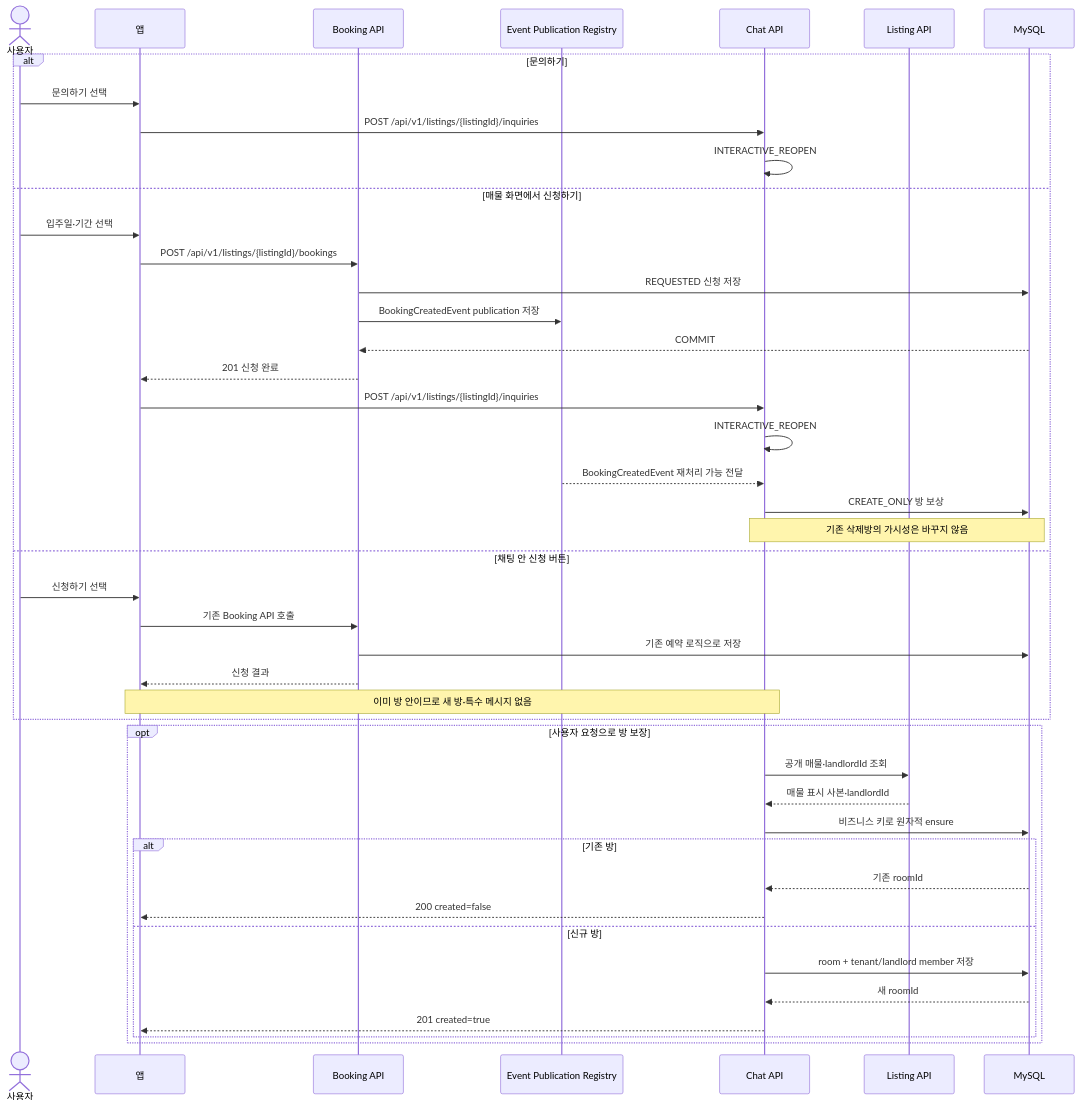
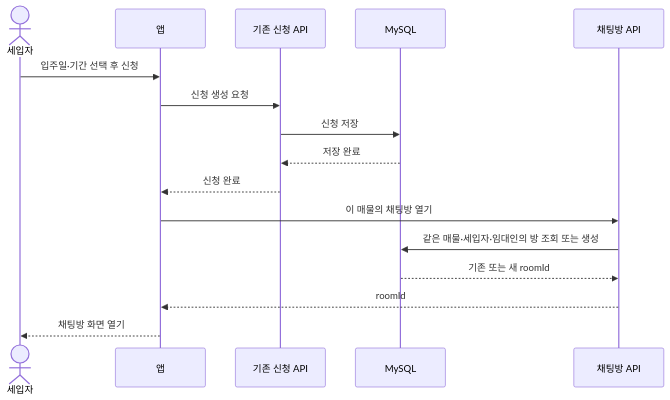
One commit to swyp-app-5th-team1/Kohere-backend changed the second of 21 diagrams in docs/architecture/chat/05-sequence-diagrams.md. Above: the diagram before and after it, drawn with Mermaid. The commit also changed other lines of this file and 4 other files, not shown here.

Commit message:
docs: split chat sequences by scenario

````diff
--- a/docs/architecture/chat/05-sequence-diagrams.md
+++ b/docs/architecture/chat/05-sequence-diagrams.md
@@ -7,48 +41,19 @@
 ```mermaid
 sequenceDiagram
-    actor U as 사용자
+    actor U as 세입자
     participant APP as 앱
-    participant BOOK as Booking API
-    participant PUB as Event Publication Registry
-    participant CHAT as Chat API
-    participant LIST as Listing API
+    participant BOOK as 기존 신청 API
     participant DB as MySQL
+    participant CHAT as 채팅방 API
 
-    alt 문의하기
-        U->>APP: 문의하기 선택
-        APP->>CHAT: POST /api/v1/listings/{listingId}/inquiries
-        CHAT->>CHAT: INTERACTIVE_REOPEN
-    else 매물 화면에서 신청하기
-        U->>APP: 입주일·기간 선택
-        APP->>BOOK: POST /api/v1/listings/{listingId}/bookings
-        BOOK->>DB: REQUESTED 신청 저장
-        BOOK->>PUB: BookingCreatedEvent publication 저장
-        DB-->>BOOK: COMMIT
-        BOOK-->>APP: 201 신청 완료
-        APP->>CHAT: POST /api/v1/listings/{listingId}/inquiries
-        CHAT->>CHAT: INTERACTIVE_REOPEN
-        PUB-->>CHAT: BookingCreatedEvent 재처리 가능 전달
-        CHAT->>DB: CREATE_ONLY 방 보상
-        Note over CHAT,DB: 기존 삭제방의 가시성은 바꾸지 않음
-    else 채팅 안 신청 버튼
-        U->>APP: 신청하기 선택
-        APP->>BOOK: 기존 Booking API 호출
-        BOOK->>DB: 기존 예약 로직으로 저장
-        BOOK-->>APP: 신청 결과
-        Note over APP,CHAT: 이미 방 안이므로 새 방·특수 메시지 없음
-    end
-
-    opt 사용자 요청으로 방 보장
-        CHAT->>LIST: 공개 매물·landlordId 조회
-        LIST-->>CHAT: 매물 표시 사본·landlordId
-        CHAT->>DB: 비즈니스 키로 원자적 ensure
-        alt 기존 방
-            DB-->>CHAT: 기존 roomId
-            CHAT-->>APP: 200 created=false
-        else 신규 방
-            CHAT->>DB: room + tenant/landlord member 저장
-            DB-->>CHAT: 새 roomId
-            CHAT-->>APP: 201 created=true
-        end
-    end
+    U->>APP: 입주일·기간 선택 후 신청
+    APP->>BOOK: 신청 생성 요청
+    BOOK->>DB: 신청 저장
+    DB-->>BOOK: 저장 완료
+    BOOK-->>APP: 신청 완료
+    APP->>CHAT: 이 매물의 채팅방 열기
+    CHAT->>DB: 같은 매물·세입자·임대인의 방 조회 또는 생성
+    DB-->>CHAT: 기존 또는 새 roomId
+    CHAT-->>APP: roomId
+    APP-->>U: 채팅방 화면 열기
 ```
````
